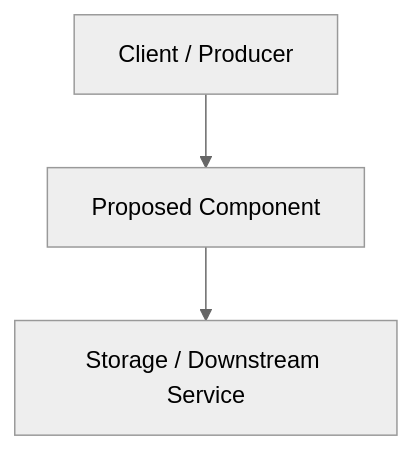
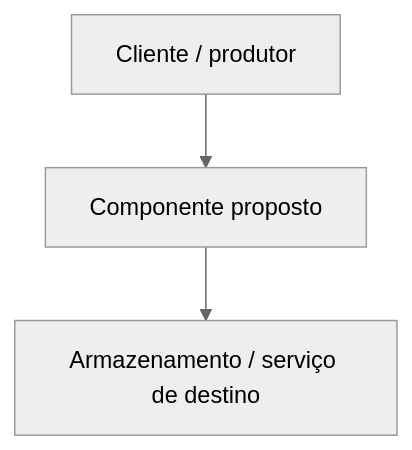
The diagram in rfcs/template.md (sjgarani/doc), drawn with Mermaid (neutral theme) before and after one commit. The commit also changed other lines of this file and 8 other files, not shown here.

````diff
--- a/rfcs/template.md
+++ b/rfcs/template.md
@@ -48,5 +48,5 @@
 ```mermaid
 flowchart TD
-    A["Client / Producer"] --> B["Proposed Component"]
-    B --> C["Storage / Downstream Service"]
+    A["Cliente / produtor"] --> B["Componente proposto"]
+    B --> C["Armazenamento / serviço de destino"]
 ```
````
